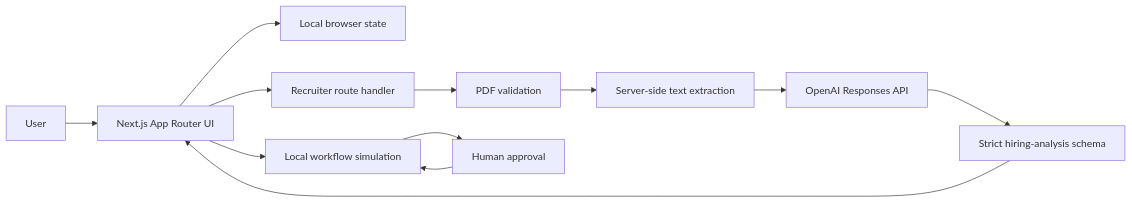
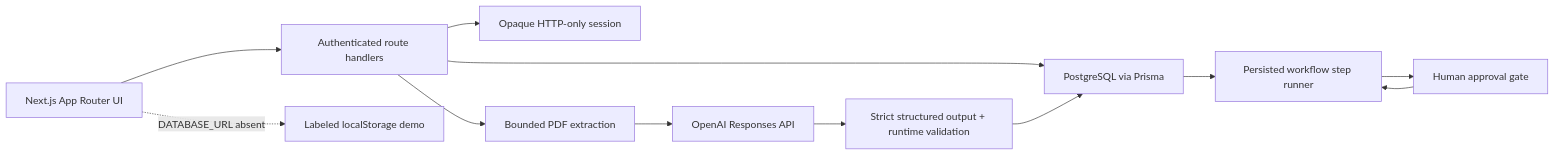
Before and after one commit to Anubhav-2005/workforceos: the diagram in docs/architecture.md, drawn with Mermaid. The commit also changed other lines of this file and 92 other files, not shown here.

````diff
--- a/docs/architecture.md
+++ b/docs/architecture.md
@@ -7,14 +7,14 @@
 ```mermaid
 flowchart LR
-    U["User"] --> UI["Next.js App Router UI"]
-    UI --> LS["Local browser state"]
-    UI --> API["Recruiter route handler"]
-    API --> V["PDF validation"]
-    V --> P["Server-side text extraction"]
-    P --> OAI["OpenAI Responses API"]
-    OAI --> S["Strict hiring-analysis schema"]
-    S --> UI
-    UI --> W["Local workflow simulation"]
-    W --> H["Human approval"]
-    H --> W
+    Browser["Next.js App Router UI"] --> Routes["Authenticated route handlers"]
+    Routes --> Auth["Opaque HTTP-only session"]
+    Routes --> DB["PostgreSQL via Prisma"]
+    Routes --> PDF["Bounded PDF extraction"]
+    PDF --> AI["OpenAI Responses API"]
+    AI --> Schema["Strict structured output + runtime validation"]
+    Schema --> DB
+    DB --> Runner["Persisted workflow step runner"]
+    Runner --> Approval["Human approval gate"]
+    Approval --> Runner
+    Browser -. "DATABASE_URL absent" .-> Demo["Labeled localStorage demo"]
 ```
````
